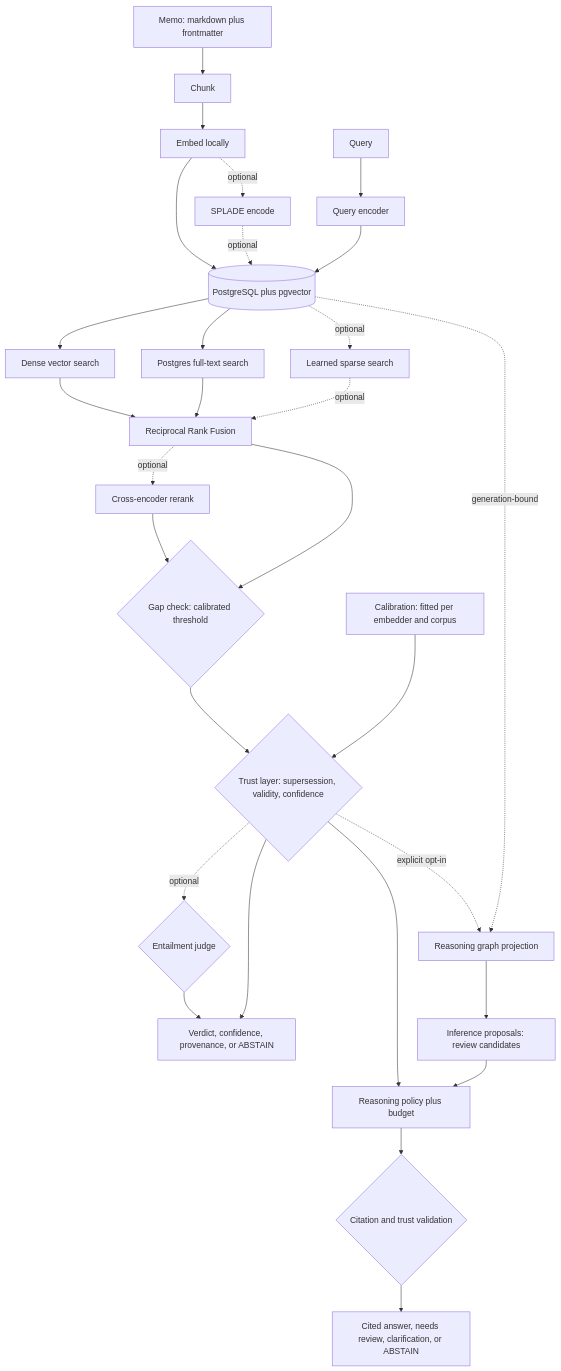
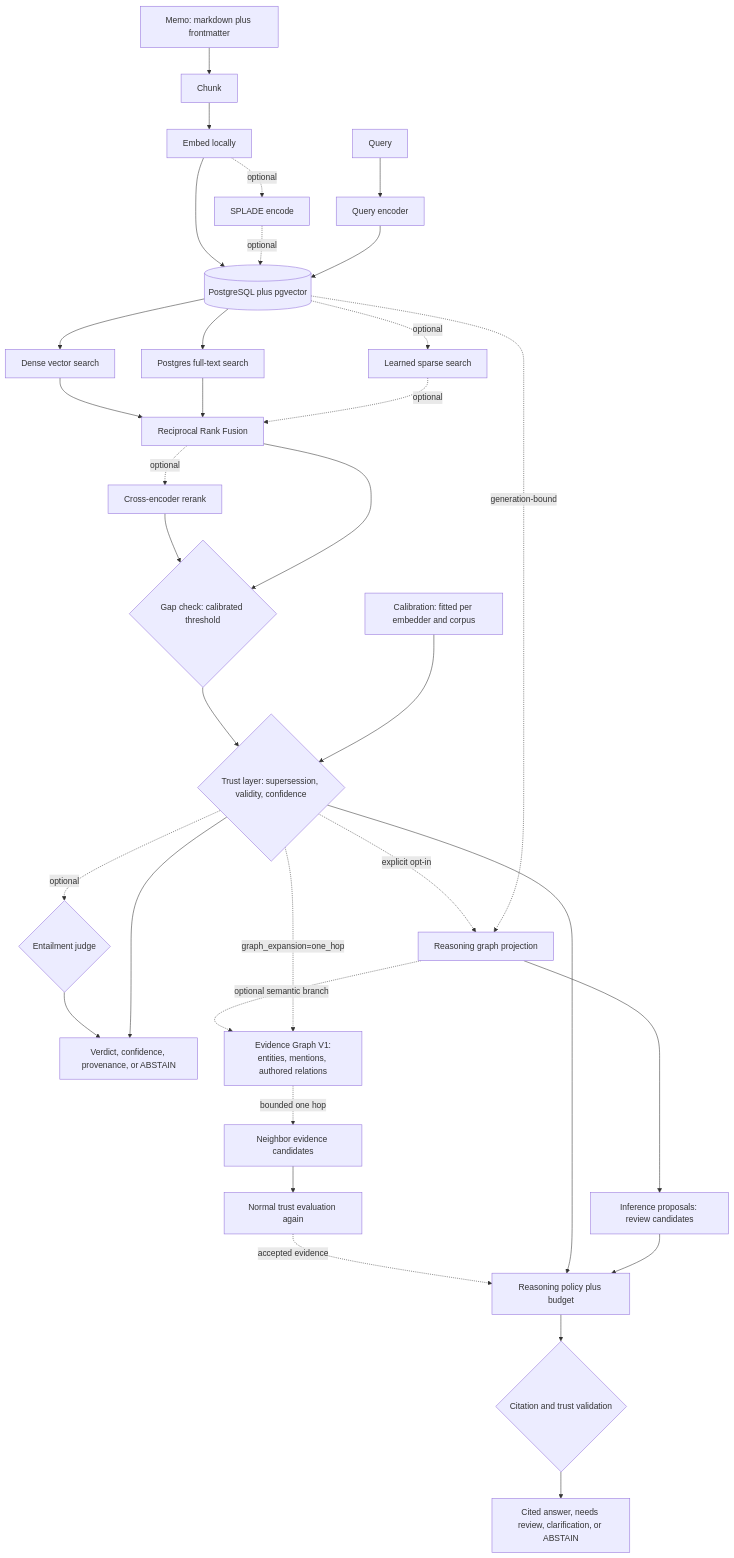
Before and after one commit to GiulioDER/RE-call: the diagram in README.md, drawn with Mermaid. The commit also changed other lines of this file and 4 other files, not shown here.

Commit message:
Complete Evidence Graph V1 integration

````diff
--- a/README.md
+++ b/README.md
@@ -169,36 +169,41 @@
 ```mermaid
 flowchart TB
     M["Memo: markdown plus frontmatter"] --> CH["Chunk"]
     CH --> EW["Embed locally"]
     EW -. "optional" .-> SP["SPLADE encode"]
     EW --> DB
     SP -. "optional" .-> DB
 
     Q["Query"] --> EQ["Query encoder"]
     EQ --> DB[("PostgreSQL plus pgvector")]
 
     DB --> DN["Dense vector search"]
     DB --> SL["Postgres full-text search"]
     DB -. "optional" .-> LS["Learned sparse search"]
 
     DN --> F["Reciprocal Rank Fusion"]
     SL --> F
     LS -. "optional" .-> F
 
     F -. "optional" .-> RR["Cross-encoder rerank"]
     RR --> GP
     F --> GP{"Gap check: calibrated threshold"}
     GP --> TR{"Trust layer: supersession, validity, confidence"}
     CAL["Calibration: fitted per embedder and corpus"] --> TR
     TR -. "optional" .-> EJ{"Entailment judge"}
     EJ --> OUT
     TR --> OUT["Verdict, confidence, provenance, or ABSTAIN"]
 
     TR -. "explicit opt-in" .-> RG["Reasoning graph projection"]
     DB -. "generation-bound" .-> RG
     RG --> IP["Inference proposals: review candidates"]
+    RG -. "optional semantic branch" .-> SG["Evidence Graph V1:<br/>entities, mentions, authored relations"]
+    TR -. "graph_expansion=one_hop" .-> SG
+    SG -. "bounded one hop" .-> EC["Neighbor evidence candidates"]
+    EC --> GT["Normal trust evaluation again"]
+    GT -. "accepted evidence" .-> RP
     TR --> RP["Reasoning policy plus budget"]
     IP --> RP
     RP --> RV{"Citation and trust validation"}
     RV --> ROUT["Cited answer, needs review, clarification, or ABSTAIN"]
 ```
````
